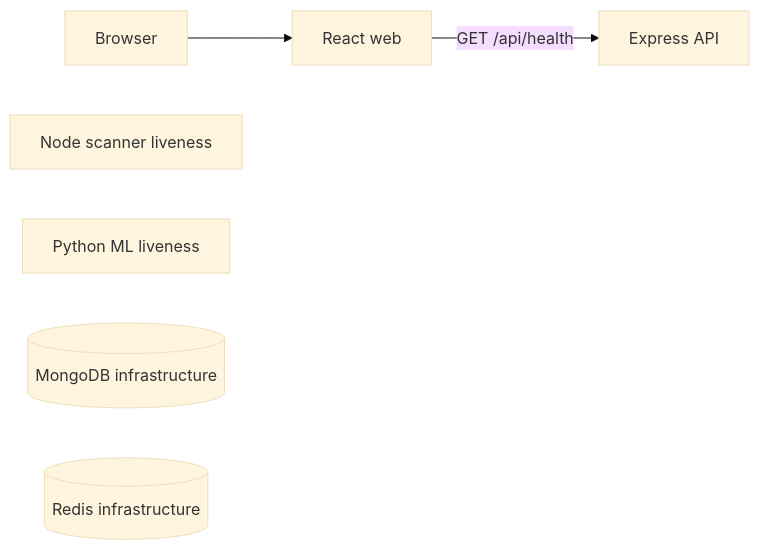
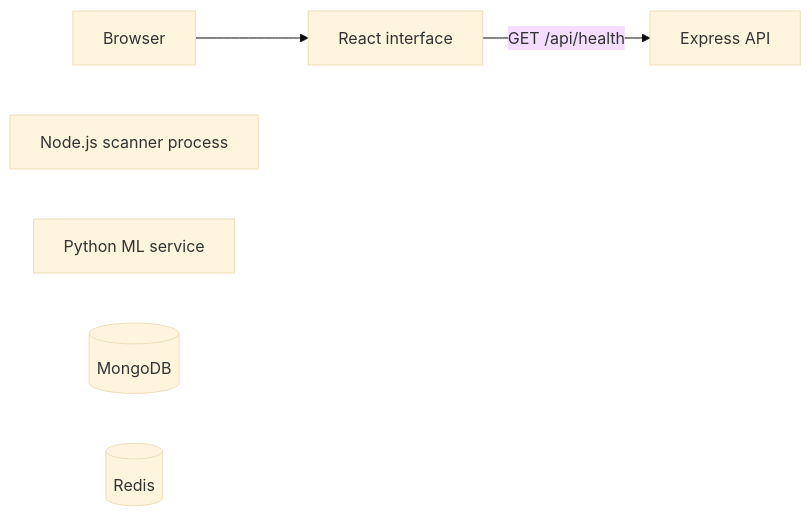
The diagram in docs/architecture.md (liorma6/AI-security-agent-), drawn with Mermaid (base theme) before and after one commit. The commit also changed other lines of this file and 10 other files, not shown here.

````diff
--- a/docs/architecture.md
+++ b/docs/architecture.md
@@ -7,9 +5,9 @@
 ```mermaid
 flowchart LR
-    B[Browser] --> W[React web]
-    W -->|GET /api/health| A[Express API]
-    S[Node scanner liveness]
-    P[Python ML liveness]
-    M[(MongoDB infrastructure)]
-    R[(Redis infrastructure)]
+    Browser --> Web[React interface]
+    Web -->|GET /api/health| API[Express API]
+    Scanner[Node.js scanner process]
+    ML[Python ML service]
+    Mongo[(MongoDB)]
+    Redis[(Redis)]
 ```
````
